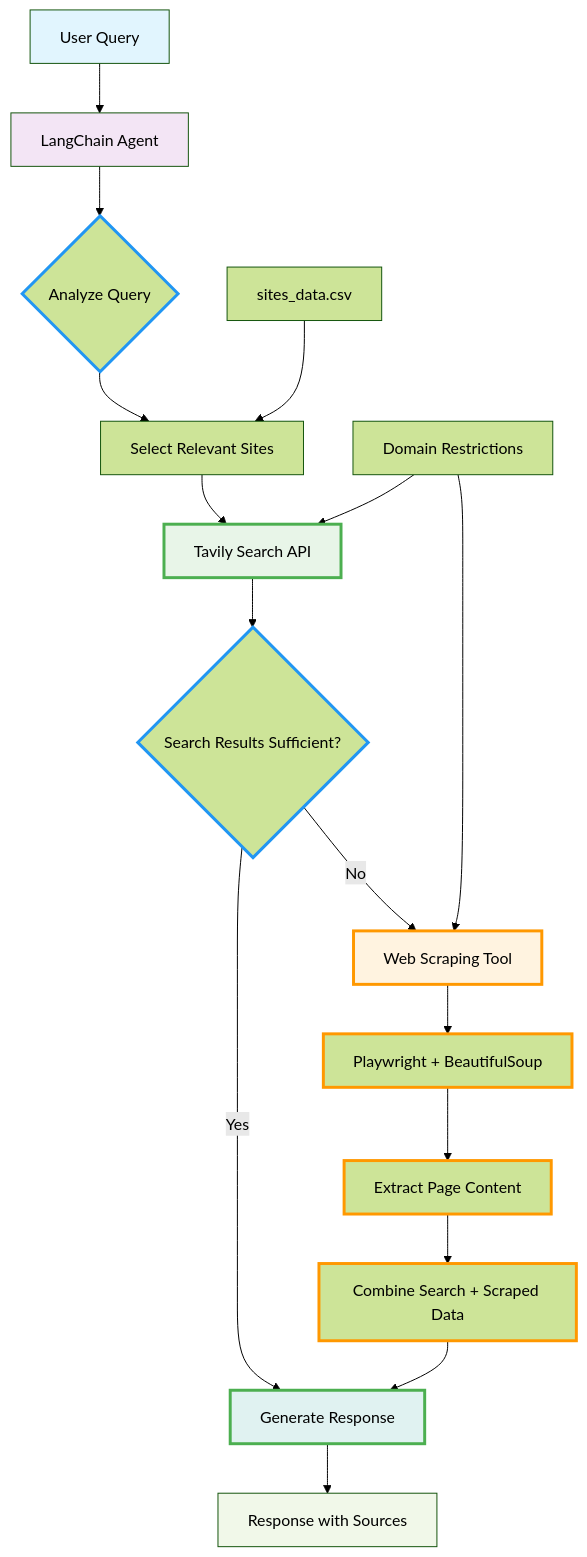
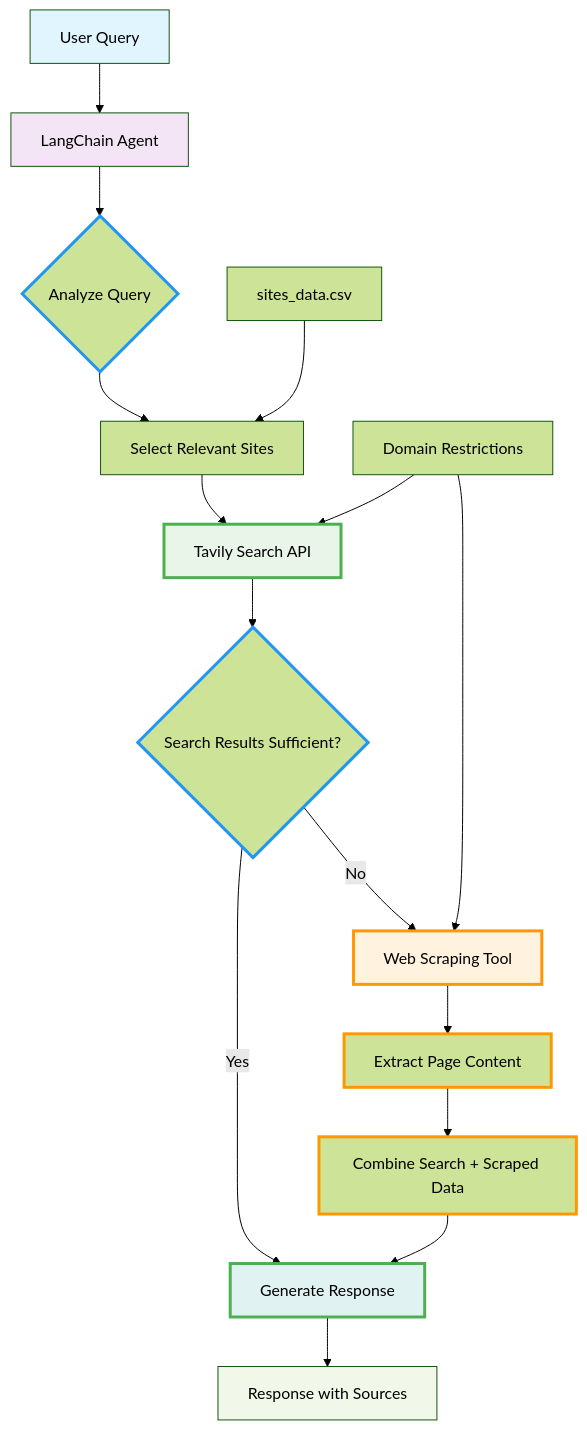
One commit to Phishinf/qagent changed the third of 3 diagrams in README.md. Above: the diagram before and after it, drawn with Mermaid (forest theme). The commit also changed other lines of this file, not shown here.

````diff
--- a/README.md
+++ b/README.md
@@ -168,36 +168,35 @@
 ```mermaid
 graph TD
     A[User Query] --> B[LangChain Agent]
     B --> C{Analyze Query}
     C --> D[Select Relevant Sites]
     D --> E[Tavily Search API]
     E --> F{Search Results Sufficient?}
     
     F -->|Yes| G[Generate Response]
     F -->|No| H[Web Scraping Tool]
-    H --> I[Playwright + BeautifulSoup]
-    I --> J[Extract Page Content]
+    H --> J[Extract Page Content]
     J --> K[Combine Search + Scraped Data]
     K --> G
     
     G --> L[Response with Sources]
     
     M[sites_data.csv] --> D
     N[Domain Restrictions] --> E
     N --> H
     
     style A fill:#e1f5fe
     style B fill:#f3e5f5
     style E fill:#e8f5e8
     style H fill:#fff3e0
     style G fill:#e0f2f1
     style L fill:#f1f8e9
     
     classDef searchPath stroke:#4caf50,stroke-width:3px
     classDef scrapePath stroke:#ff9800,stroke-width:3px
     classDef decision stroke:#2196f3,stroke-width:3px
     
     class E,F,G searchPath
-    class H,I,J,K scrapePath
+    class H,J,K scrapePath
     class C,F decision
 ```
````
